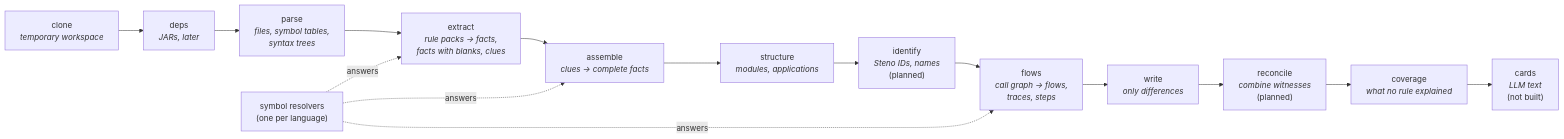
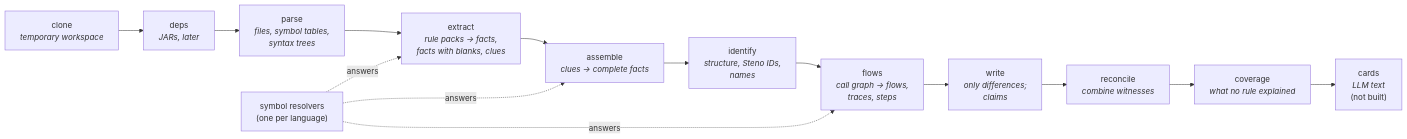
One commit to KBavis/steno changed the first of 3 diagrams in docs/how-it-works/ingestion/README.md. Above: the diagram before and after it, drawn with Mermaid. The commit also changed other lines of this file and 74 other files, not shown here.

````diff
--- a/docs/how-it-works/ingestion/README.md
+++ b/docs/how-it-works/ingestion/README.md
@@ -28,15 +28,14 @@
 ```mermaid
 flowchart LR
     C["clone<br/><i>temporary workspace</i>"] --> DP["deps<br/><i>JARs, later</i>"]
     DP --> P["parse<br/><i>files, symbol tables,<br/>syntax trees</i>"]
     P --> X["extract<br/><i>rule packs → facts,<br/>facts with blanks, clues</i>"]
     X --> A["assemble<br/><i>clues → complete facts</i>"]
-    A --> ST["structure<br/><i>modules, applications</i>"]
-    ST --> ID["identify<br/><i>Steno IDs, names</i><br/>(planned)"]
+    A --> ID["identify<br/><i>structure, Steno IDs,<br/>names</i>"]
     ID --> FL["flows<br/><i>call graph → flows,<br/>traces, steps</i>"]
-    FL --> W["write<br/><i>only differences</i>"]
-    W --> RC["reconcile<br/><i>combine witnesses</i><br/>(planned)"]
+    FL --> W["write<br/><i>only differences;<br/>claims</i>"]
+    W --> RC["reconcile<br/><i>combine witnesses</i>"]
     RC --> CV["coverage<br/><i>what no rule explained</i>"]
     CV --> CD["cards<br/><i>LLM text</i><br/>(not built)"]
     SR["symbol resolvers<br/>(one per language)"] -. answers .-> X & A & FL
 ```
````
